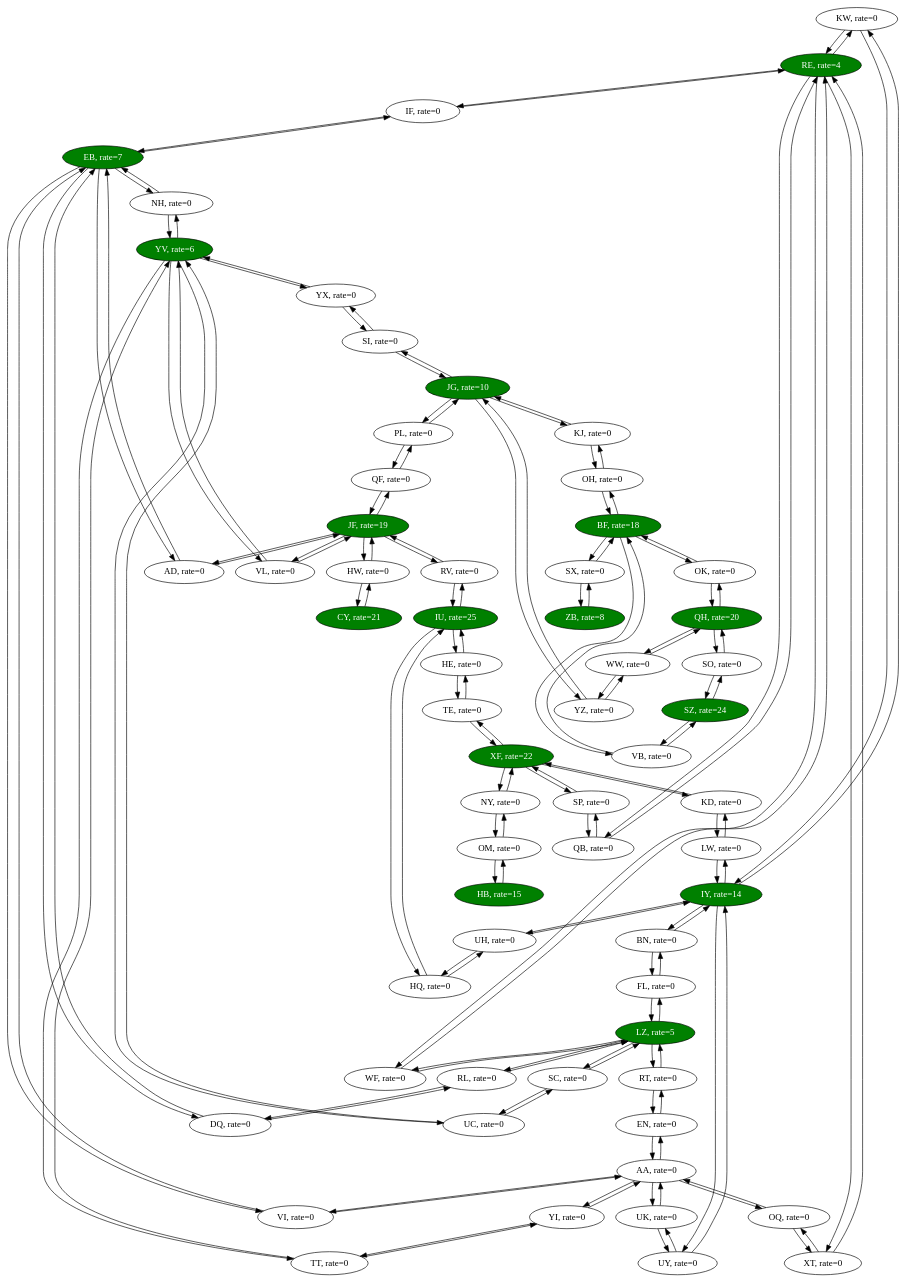
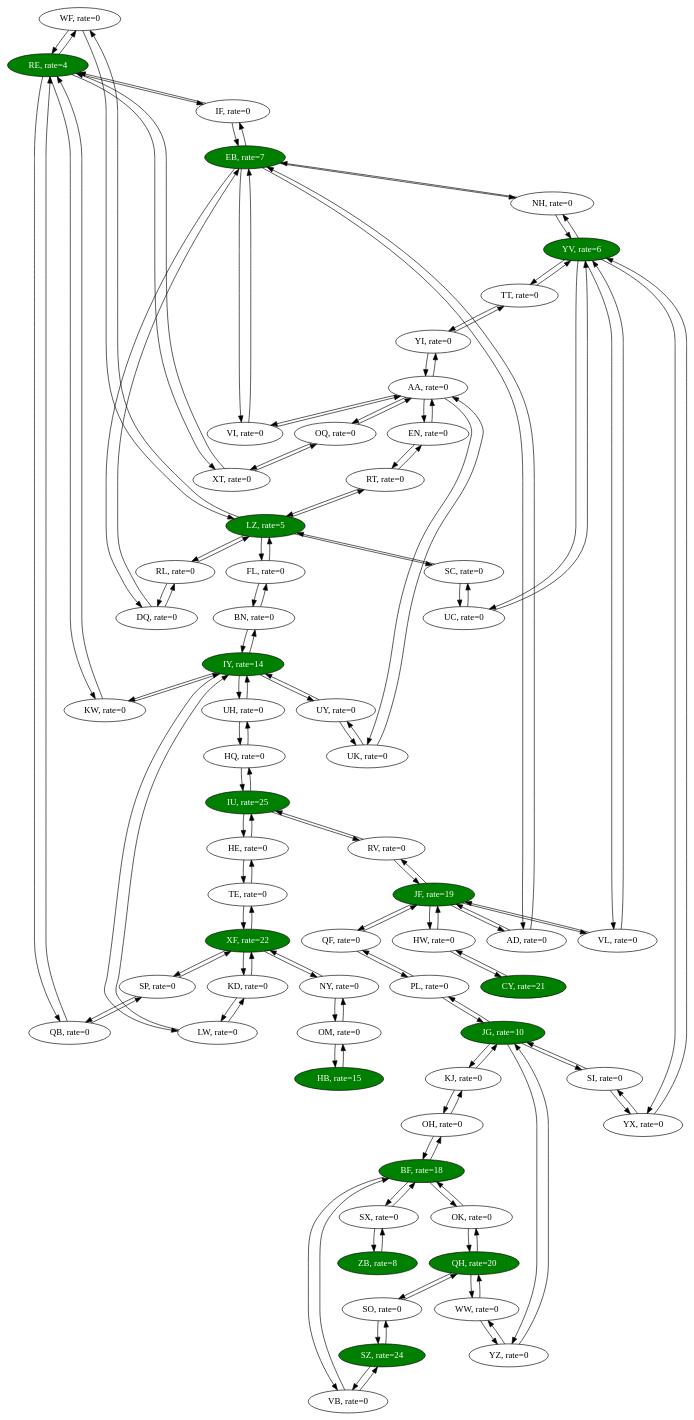
Before and after one commit to dmitrygusev/aoc-2022: the diagram in day16/input1.dot, drawn with Graphviz. The commit also changed 2 other files, not shown here.

```diff
--- a/day16/input1.dot
+++ b/day16/input1.dot
@@ -1,124 +1,124 @@
 digraph G {
-  KW [label="KW, rate=0"]
-  KW -> {RE; IY}
-  RT [label="RT, rate=0"]
-  RT -> {EN; LZ}
-  HW [label="HW, rate=0"]
-  HW -> {JF; CY}
-  YV [label="YV, rate=6",fillcolor="green",style="filled",fontcolor="white"]
-  YV -> {YX; TT; VL; NH; UC}
-  TE [label="TE, rate=0"]
-  TE -> {HE; XF}
-  RE [label="RE, rate=4",fillcolor="green",style="filled",fontcolor="white"]
-  RE -> {KW; QB; WF; XT; IF}
-  QF [label="QF, rate=0"]
-  QF -> {PL; JF}
-  QB [label="QB, rate=0"]
-  QB -> {SP; RE}
-  VI [label="VI, rate=0"]
-  VI -> {EB; AA}
-  OK [label="OK, rate=0"]
-  OK -> {BF; QH}
-  BF [label="BF, rate=18",fillcolor="green",style="filled",fontcolor="white"]
-  BF -> {SX; VB; OK; OH}
-  QH [label="QH, rate=20",fillcolor="green",style="filled",fontcolor="white"]
-  QH -> {SO; WW; OK}
-  XT [label="XT, rate=0"]
-  XT -> {RE; OQ}
-  SO [label="SO, rate=0"]
-  SO -> {QH; SZ}
+  WF [label="WF, rate=0"]
+  WF -> {RE; LZ}
+  HE [label="HE, rate=0"]
+  HE -> {IU; TE}
   XF [label="XF, rate=22",fillcolor="green",style="filled",fontcolor="white"]
-  XF -> {TE; SP; NY; KD}
-  OH [label="OH, rate=0"]
-  OH -> {BF; KJ}
-  TT [label="TT, rate=0"]
-  TT -> {YV; YI}
-  OQ [label="OQ, rate=0"]
-  OQ -> {AA; XT}
+  XF -> {SP; KD; TE; NY}
+  NH [label="NH, rate=0"]
+  NH -> {YV; EB}
+  JG [label="JG, rate=10",fillcolor="green",style="filled",fontcolor="white"]
+  JG -> {KJ; PL; SI; YZ}
   HB [label="HB, rate=15",fillcolor="green",style="filled",fontcolor="white"]
   HB -> {OM}
-  IY [label="IY, rate=14",fillcolor="green",style="filled",fontcolor="white"]
-  IY -> {UY; LW; UH; KW; BN}
-  ZB [label="ZB, rate=8",fillcolor="green",style="filled",fontcolor="white"]
-  ZB -> {SX}
-  UK [label="UK, rate=0"]
-  UK -> {AA; UY}
-  OM [label="OM, rate=0"]
-  OM -> {NY; HB}
-  UC [label="UC, rate=0"]
-  UC -> {YV; SC}
-  JG [label="JG, rate=10",fillcolor="green",style="filled",fontcolor="white"]
-  JG -> {YZ; SI; PL; KJ}
-  FL [label="FL, rate=0"]
-  FL -> {BN; LZ}
-  IF [label="IF, rate=0"]
-  IF -> {EB; RE}
-  LZ [label="LZ, rate=5",fillcolor="green",style="filled",fontcolor="white"]
-  LZ -> {FL; WF; SC; RT; RL}
-  JF [label="JF, rate=19",fillcolor="green",style="filled",fontcolor="white"]
-  JF -> {QF; AD; VL; RV; HW}
+  AD [label="AD, rate=0"]
+  AD -> {JF; EB}
+  QH [label="QH, rate=20",fillcolor="green",style="filled",fontcolor="white"]
+  QH -> {WW; SO; OK}
+  HW [label="HW, rate=0"]
+  HW -> {CY; JF}
+  WW [label="WW, rate=0"]
+  WW -> {YZ; QH}
+  CY [label="CY, rate=21",fillcolor="green",style="filled",fontcolor="white"]
+  CY -> {HW}
+  YZ [label="YZ, rate=0"]
+  YZ -> {JG; WW}
   RL [label="RL, rate=0"]
   RL -> {DQ; LZ}
-  AD [label="AD, rate=0"]
-  AD -> {EB; JF}
   DQ [label="DQ, rate=0"]
   DQ -> {RL; EB}
   IU [label="IU, rate=25",fillcolor="green",style="filled",fontcolor="white"]
-  IU -> {HE; HQ; RV}
+  IU -> {RV; HE; HQ}
+  SP [label="SP, rate=0"]
+  SP -> {QB; XF}
+  KJ [label="KJ, rate=0"]
+  KJ -> {JG; OH}
+  NY [label="NY, rate=0"]
+  NY -> {OM; XF}
+  XT [label="XT, rate=0"]
+  XT -> {OQ; RE}
+  ZB [label="ZB, rate=8",fillcolor="green",style="filled",fontcolor="white"]
+  ZB -> {SX}
+  BN [label="BN, rate=0"]
+  BN -> {FL; IY}
+  TE [label="TE, rate=0"]
+  TE -> {HE; XF}
+  AA [label="AA, rate=0"]
+  AA -> {YI; EN; OQ; UK; VI}
+  UY [label="UY, rate=0"]
+  UY -> {IY; UK}
+  RV [label="RV, rate=0"]
+  RV -> {IU; JF}
+  IY [label="IY, rate=14",fillcolor="green",style="filled",fontcolor="white"]
+  IY -> {LW; KW; UY; UH; BN}
+  QB [label="QB, rate=0"]
+  QB -> {RE; SP}
+  OK [label="OK, rate=0"]
+  OK -> {QH; BF}
+  RT [label="RT, rate=0"]
+  RT -> {EN; LZ}
+  UC [label="UC, rate=0"]
+  UC -> {SC; YV}
+  EN [label="EN, rate=0"]
+  EN -> {RT; AA}
+  UK [label="UK, rate=0"]
+  UK -> {UY; AA}
+  LZ [label="LZ, rate=5",fillcolor="green",style="filled",fontcolor="white"]
+  LZ -> {WF; SC; FL; RT; RL}
+  SZ [label="SZ, rate=24",fillcolor="green",style="filled",fontcolor="white"]
+  SZ -> {VB; SO}
+  OQ [label="OQ, rate=0"]
+  OQ -> {XT; AA}
+  VI [label="VI, rate=0"]
+  VI -> {EB; AA}
+  FL [label="FL, rate=0"]
+  FL -> {LZ; BN}
+  KW [label="KW, rate=0"]
+  KW -> {IY; RE}
+  SO [label="SO, rate=0"]
+  SO -> {QH; SZ}
+  HQ [label="HQ, rate=0"]
+  HQ -> {IU; UH}
   VL [label="VL, rate=0"]
-  VL -> {JF; YV}
-  YZ [label="YZ, rate=0"]
-  YZ -> {WW; JG}
-  SI [label="SI, rate=0"]
-  SI -> {YX; JG}
+  VL -> {YV; JF}
+  EB [label="EB, rate=7",fillcolor="green",style="filled",fontcolor="white"]
+  EB -> {DQ; NH; IF; AD; VI}
+  QF [label="QF, rate=0"]
+  QF -> {JF; PL}
+  IF [label="IF, rate=0"]
+  IF -> {EB; RE}
+  SX [label="SX, rate=0"]
+  SX -> {BF; ZB}
+  KD [label="KD, rate=0"]
+  KD -> {LW; XF}
+  PL [label="PL, rate=0"]
+  PL -> {QF; JG}
+  UH [label="UH, rate=0"]
+  UH -> {IY; HQ}
+  BF [label="BF, rate=18",fillcolor="green",style="filled",fontcolor="white"]
+  BF -> {VB; OH; OK; SX}
+  LW [label="LW, rate=0"]
+  LW -> {IY; KD}
   SC [label="SC, rate=0"]
   SC -> {LZ; UC}
-  CY [label="CY, rate=21",fillcolor="green",style="filled",fontcolor="white"]
-  CY -> {HW}
-  LW [label="LW, rate=0"]
-  LW -> {KD; IY}
-  NH [label="NH, rate=0"]
-  NH -> {YV; EB}
-  EB [label="EB, rate=7",fillcolor="green",style="filled",fontcolor="white"]
-  EB -> {NH; IF; VI; DQ; AD}
-  PL [label="PL, rate=0"]
-  PL -> {JG; QF}
-  WF [label="WF, rate=0"]
-  WF -> {LZ; RE}
-  UY [label="UY, rate=0"]
-  UY -> {UK; IY}
-  KJ [label="KJ, rate=0"]
-  KJ -> {OH; JG}
-  EN [label="EN, rate=0"]
-  EN -> {RT; AA}
-  RV [label="RV, rate=0"]
-  RV -> {IU; JF}
-  UH [label="UH, rate=0"]
-  UH -> {IY; HQ}
-  SX [label="SX, rate=0"]
-  SX -> {ZB; BF}
   VB [label="VB, rate=0"]
-  VB -> {SZ; BF}
-  NY [label="NY, rate=0"]
-  NY -> {OM; XF}
-  KD [label="KD, rate=0"]
-  KD -> {XF; LW}
-  HE [label="HE, rate=0"]
-  HE -> {IU; TE}
-  HQ [label="HQ, rate=0"]
-  HQ -> {UH; IU}
+  VB -> {BF; SZ}
+  OM [label="OM, rate=0"]
+  OM -> {NY; HB}
+  RE [label="RE, rate=4",fillcolor="green",style="filled",fontcolor="white"]
+  RE -> {WF; IF; KW; QB; XT}
+  JF [label="JF, rate=19",fillcolor="green",style="filled",fontcolor="white"]
+  JF -> {RV; QF; AD; HW; VL}
   YX [label="YX, rate=0"]
   YX -> {SI; YV}
   YI [label="YI, rate=0"]
   YI -> {AA; TT}
-  SZ [label="SZ, rate=24",fillcolor="green",style="filled",fontcolor="white"]
-  SZ -> {SO; VB}
-  WW [label="WW, rate=0"]
-  WW -> {QH; YZ}
-  SP [label="SP, rate=0"]
-  SP -> {QB; XF}
-  AA [label="AA, rate=0"]
-  AA -> {YI; EN; VI; OQ; UK}
-  BN [label="BN, rate=0"]
-  BN -> {IY; FL}
+  SI [label="SI, rate=0"]
+  SI -> {JG; YX}
+  OH [label="OH, rate=0"]
+  OH -> {KJ; BF}
+  YV [label="YV, rate=6",fillcolor="green",style="filled",fontcolor="white"]
+  YV -> {YX; TT; NH; UC; VL}
+  TT [label="TT, rate=0"]
+  TT -> {YV; YI}
 }
```
